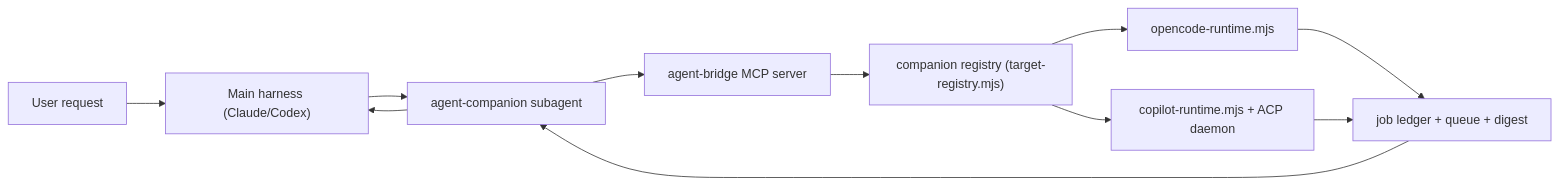
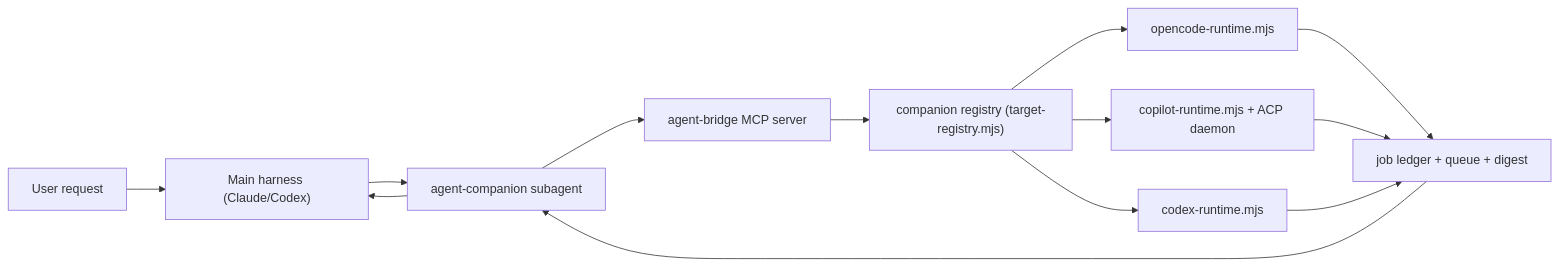
One commit to thangaram611/agent-companion changed the diagram in docs/ARCHITECTURE.md. Above: the diagram before and after it, drawn with Mermaid. The commit also changed other lines of this file and 26 other files, not shown here.

````diff
--- a/docs/ARCHITECTURE.md
+++ b/docs/ARCHITECTURE.md
@@ -35,13 +35,15 @@
 ```mermaid
 flowchart LR
   User["User request"] --> Main["Main harness (Claude/Codex)"]
   Main --> Subagent["agent-companion subagent"]
   Subagent --> MCP["agent-bridge MCP server"]
   MCP --> Registry["companion registry (target-registry.mjs)"]
   Registry --> OpenCode["opencode-runtime.mjs"]
   Registry --> Copilot["copilot-runtime.mjs + ACP daemon"]
+  Registry --> CodexRuntime["codex-runtime.mjs"]
   OpenCode --> Job["job ledger + queue + digest"]
   Copilot --> Job
+  CodexRuntime --> Job
   Job --> Subagent
   Subagent --> Main
 ```
````
